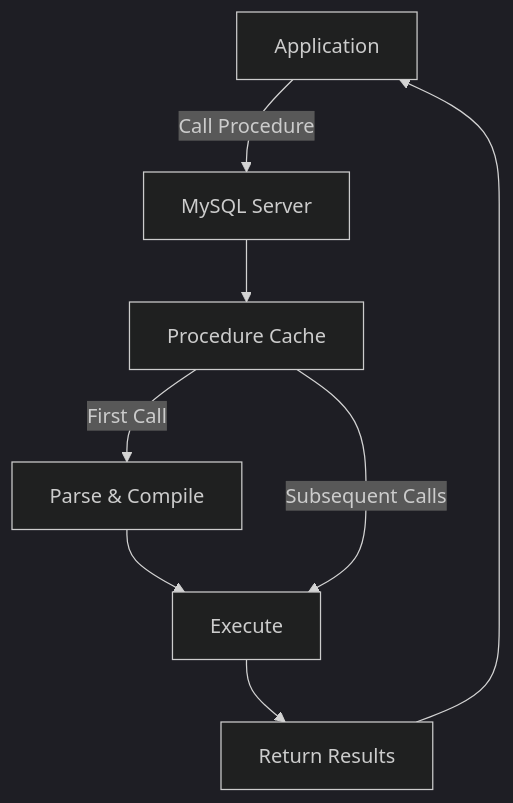
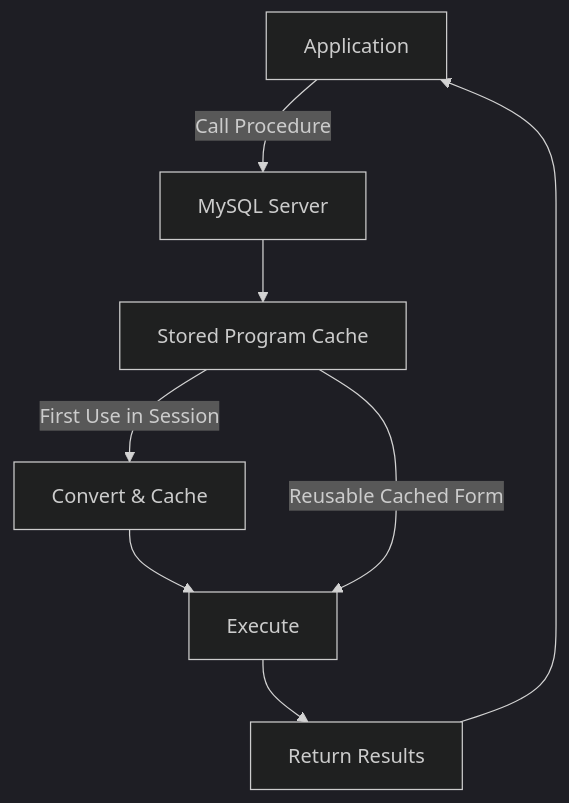
One commit to OneUptime/blog changed the first of 3 diagrams in posts/2026-01-24-mysql-stored-procedures/README.md. Above: the diagram before and after it, drawn with Mermaid (dark theme). The commit also changed other lines of this file and 2 other files, not shown here.

Commit message:
validate: 2026-01-24-mysql-stored-procedures

````diff
--- a/posts/2026-01-24-mysql-stored-procedures/README.md
+++ b/posts/2026-01-24-mysql-stored-procedures/README.md
@@ -15,10 +15,10 @@
 ```mermaid
 flowchart TD
     A[Application] -->|Call Procedure| B[MySQL Server]
-    B --> C[Procedure Cache]
-    C -->|First Call| D[Parse & Compile]
+    B --> C[Stored Program Cache]
+    C -->|First Use in Session| D[Convert & Cache]
     D --> E[Execute]
-    C -->|Subsequent Calls| E
+    C -->|Reusable Cached Form| E
     E --> F[Return Results]
     F --> A
 ```
````
